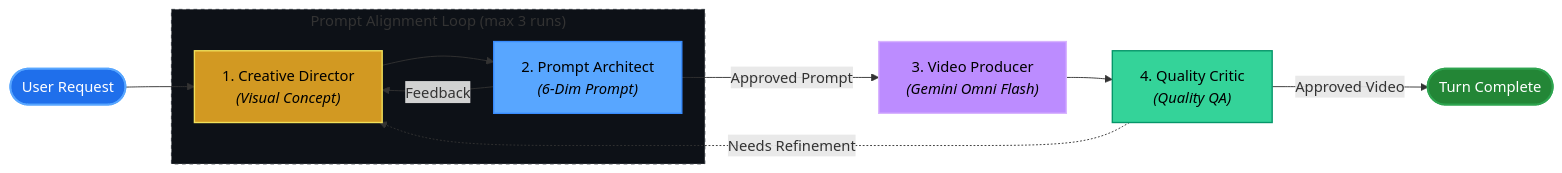
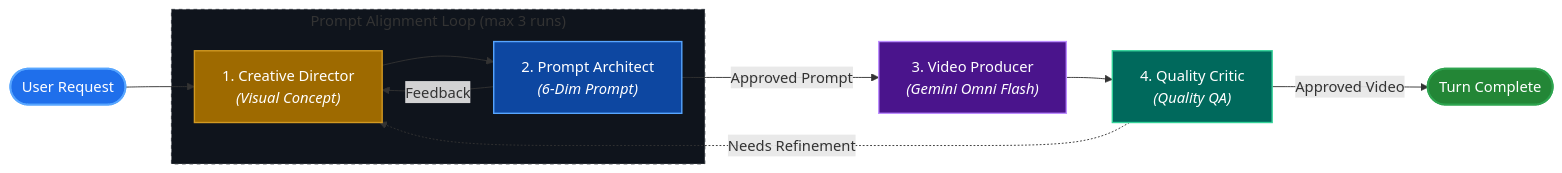
One commit to jggomez/vibe-video-gemini-omni changed the second of 2 diagrams in README.md. Above: the diagram before and after it, drawn with Mermaid.

Commit message:
docs: fix Mermaid node font contrast to be white on dark color fills

````diff
--- a/README.md
+++ b/README.md
@@ -72,34 +72,34 @@
 ```mermaid
 flowchart LR
     %% Nodes
     Start([User Request])
     Director["1. Creative Director<br><i>(Visual Concept)</i>"]
     Architect["2. Prompt Architect<br><i>(6-Dim Prompt)</i>"]
     Producer["3. Video Producer<br><i>(Gemini Omni Flash)</i>"]
     Critic["4. Quality Critic<br><i>(Quality QA)</i>"]
     Done([Turn Complete])
 
     %% Flow Connections
     Start --> Director
     
     subgraph InnerLoop ["Prompt Alignment Loop (max 3 runs)"]
         Director --> Architect
         Architect -->|Feedback| Director
     end
 
     Architect -->|Approved Prompt| Producer
     Producer --> Critic
     
     Critic -->|Approved Video| Done
     Critic -.->|Needs Refinement| Director
 
     %% Design Themes (High Contrast for GitHub Light/Dark)
     style Start fill:#1f6feb,stroke:#58a6ff,color:#ffffff,stroke-width:2px
     style Done fill:#238636,stroke:#2ea44f,color:#ffffff,stroke-width:2px
-    style Director fill:#d29922,stroke:#f1e05a,color:#000000,stroke-width:1.5px
-    style Architect fill:#58a6ff,stroke:#388bfd,color:#000000,stroke-width:1.5px
-    style Producer fill:#bc8cff,stroke:#d8b4fe,color:#000000,stroke-width:1.5px
-    style Critic fill:#34d399,stroke:#059669,color:#000000,stroke-width:1.5px
+    style Director fill:#9e6a00,stroke:#d29922,color:#ffffff,stroke-width:1.5px
+    style Architect fill:#0d47a1,stroke:#58a6ff,color:#ffffff,stroke-width:1.5px
+    style Producer fill:#4a148c,stroke:#bc8cff,color:#ffffff,stroke-width:1.5px
+    style Critic fill:#00695c,stroke:#34d399,color:#ffffff,stroke-width:1.5px
     
-    style InnerLoop fill:#0d1117,stroke:#30363d,stroke-width:1px,stroke-dasharray: 4 4
+    style InnerLoop fill:#0f141c,stroke:#30363d,stroke-width:1px,stroke-dasharray: 4 4
 ```
````
